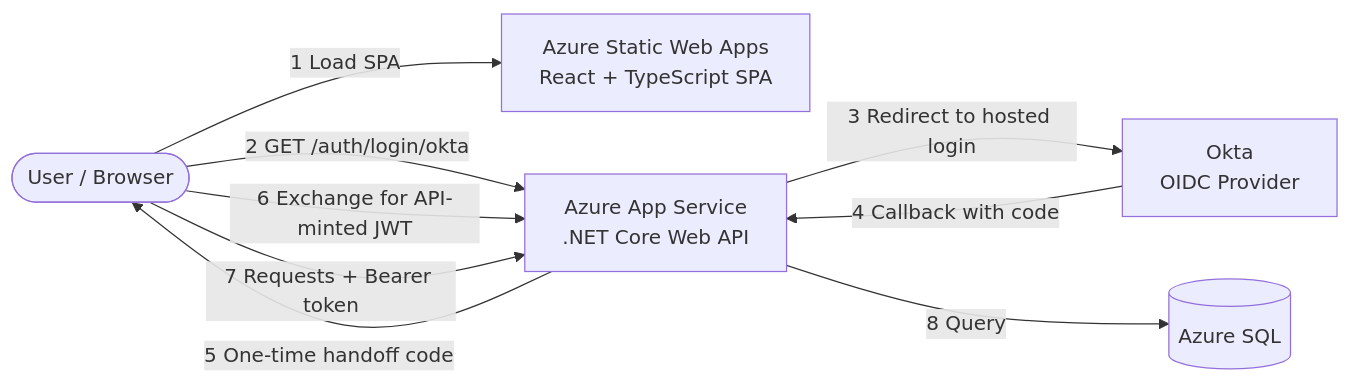
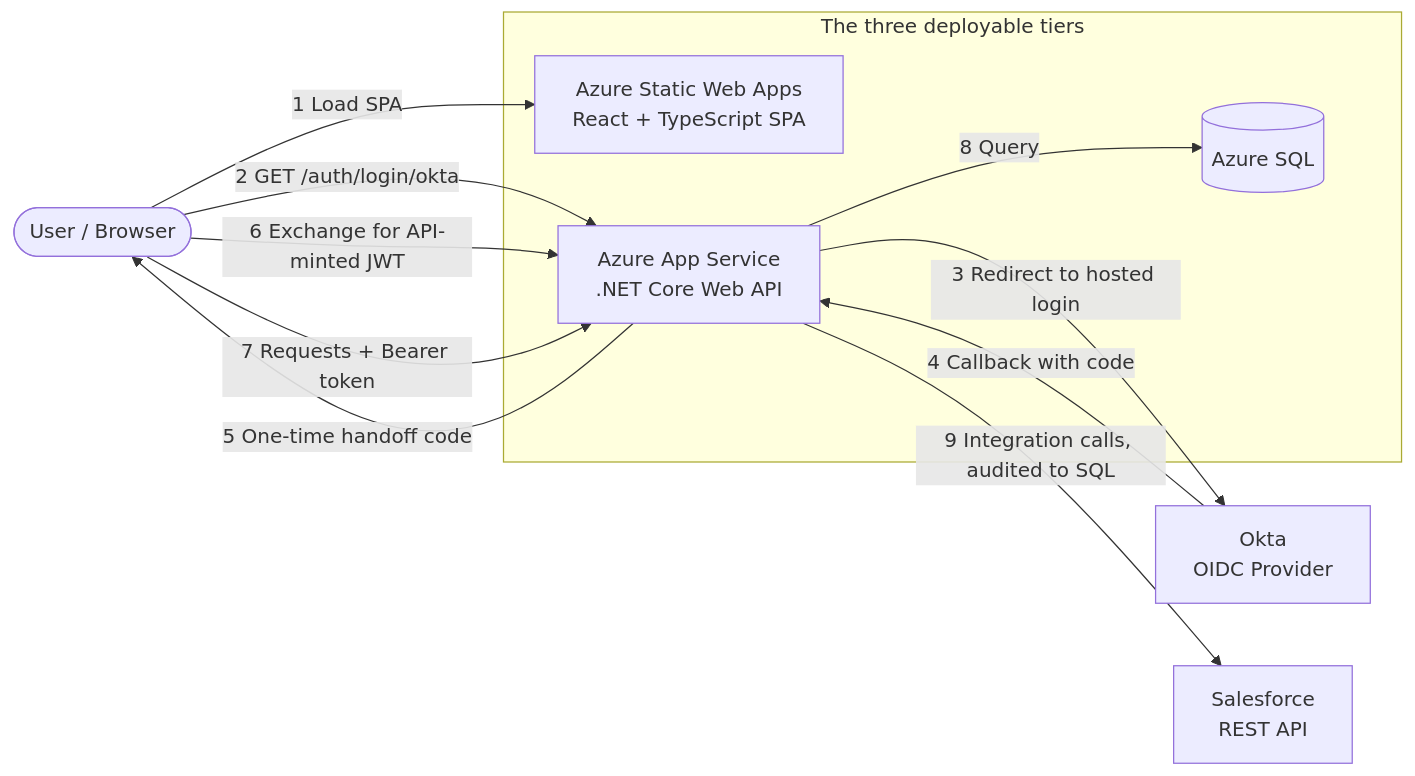
Before and after one commit to IainBowler/IntegrationDashboard: the diagram in README.md, drawn with Mermaid. The commit also changed other lines of this file, not shown here.

````diff
--- a/README.md
+++ b/README.md
@@ -22,17 +32,22 @@
 ```mermaid
 graph LR
     User([User / Browser])
     Okta[Okta<br/>OIDC Provider]
-    SWA[Azure Static Web Apps<br/>React + TypeScript SPA]
-    API[Azure App Service<br/>.NET Core Web API]
-    DB[(Azure SQL)]
+    SF[Salesforce<br/>REST API]
+
+    subgraph Tiers[The three deployable tiers]
+        SWA[Azure Static Web Apps<br/>React + TypeScript SPA]
+        API[Azure App Service<br/>.NET Core Web API]
+        DB[(Azure SQL)]
+    end
 
     User -->|1 Load SPA| SWA
     User -->|2 GET /auth/login/okta| API
     API -->|3 Redirect to hosted login| Okta
     Okta -->|4 Callback with code| API
     API -->|5 One-time handoff code| User
     User -->|6 Exchange for API-minted JWT| API
     User -->|7 Requests + Bearer token| API
     API -->|8 Query| DB
+    API -->|9 Integration calls, audited to SQL| SF
 ```
````
